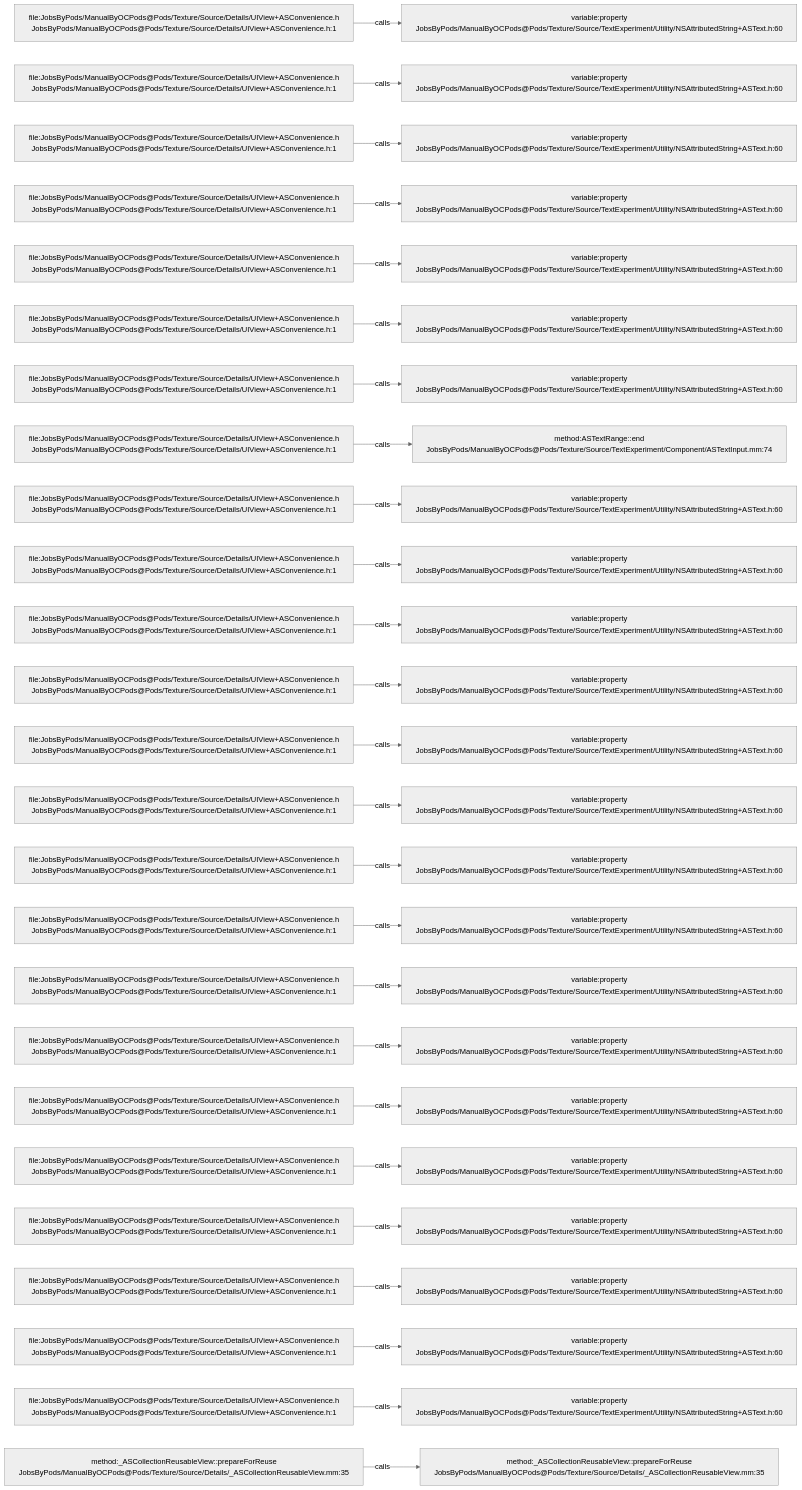
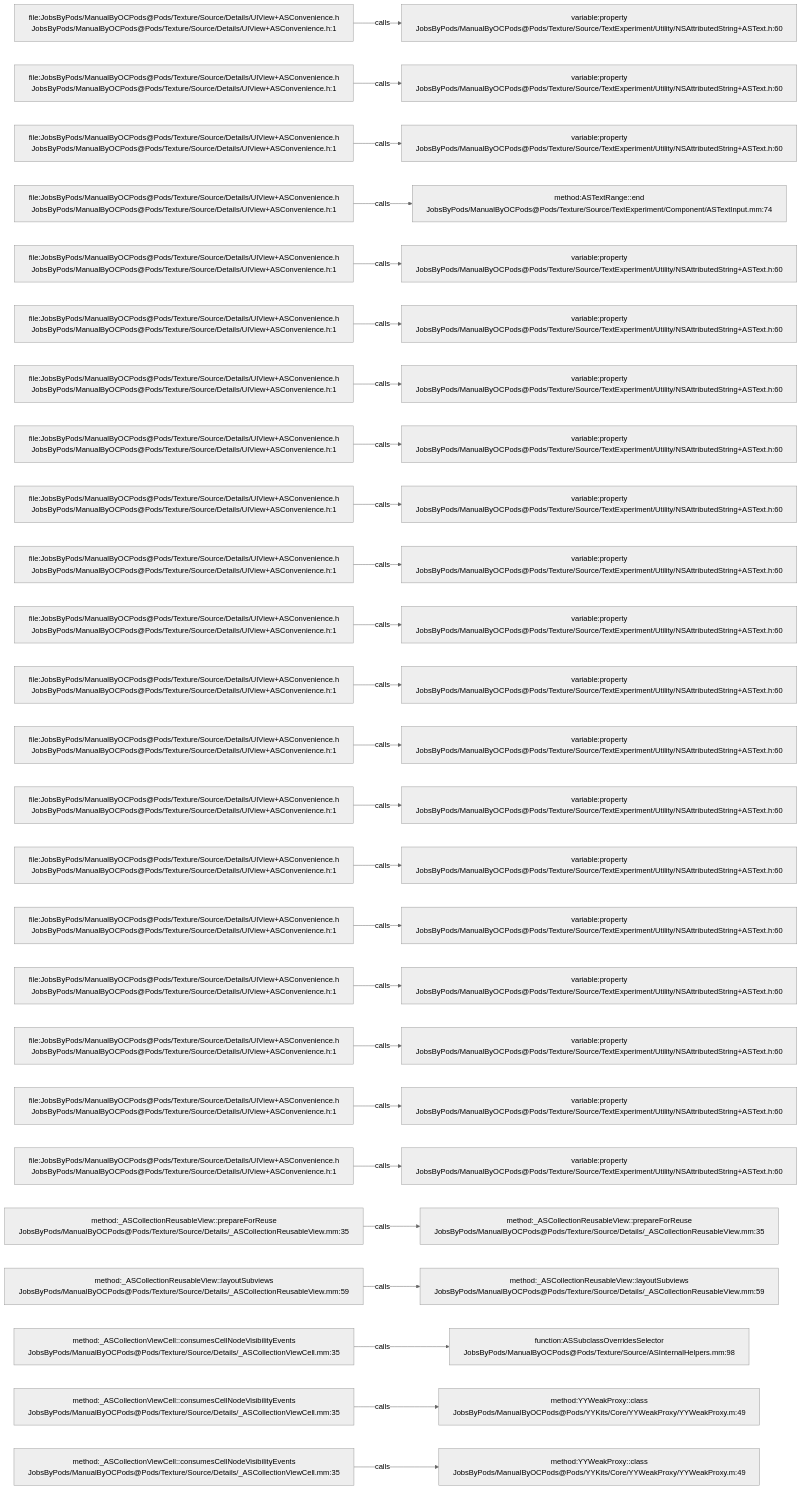
The diagram in .codegraph/codegraph.md/graphs/calls-168.md (JobsKits/JobsOCBaseConfigDemo), drawn with Mermaid (neutral theme) before and after one commit. The commit also changed 727 other files, not shown here.

````diff
--- a/.codegraph/codegraph.md/graphs/calls-168.md
+++ b/.codegraph/codegraph.md/graphs/calls-168.md
@@ -13,78 +13,78 @@
 ```mermaid
 flowchart LR
   S1["file:JobsByPods/ManualByOCPods@Pods/Texture/Source/Details/UIView+ASConvenience.h<br/>JobsByPods/ManualByOCPods@Pods/Texture/Source/Details/UIView+ASConvenience.h:1"]
   T1["variable:property<br/>JobsByPods/ManualByOCPods@Pods/Texture/Source/TextExperiment/Utility/NSAttributedString+ASText.h:60"]
   S1 -->|calls| T1
   S2["file:JobsByPods/ManualByOCPods@Pods/Texture/Source/Details/UIView+ASConvenience.h<br/>JobsByPods/ManualByOCPods@Pods/Texture/Source/Details/UIView+ASConvenience.h:1"]
   T2["variable:property<br/>JobsByPods/ManualByOCPods@Pods/Texture/Source/TextExperiment/Utility/NSAttributedString+ASText.h:60"]
   S2 -->|calls| T2
   S3["file:JobsByPods/ManualByOCPods@Pods/Texture/Source/Details/UIView+ASConvenience.h<br/>JobsByPods/ManualByOCPods@Pods/Texture/Source/Details/UIView+ASConvenience.h:1"]
   T3["variable:property<br/>JobsByPods/ManualByOCPods@Pods/Texture/Source/TextExperiment/Utility/NSAttributedString+ASText.h:60"]
   S3 -->|calls| T3
   S4["file:JobsByPods/ManualByOCPods@Pods/Texture/Source/Details/UIView+ASConvenience.h<br/>JobsByPods/ManualByOCPods@Pods/Texture/Source/Details/UIView+ASConvenience.h:1"]
-  T4["variable:property<br/>JobsByPods/ManualByOCPods@Pods/Texture/Source/TextExperiment/Utility/NSAttributedString+ASText.h:60"]
+  T4["method:ASTextRange::end<br/>JobsByPods/ManualByOCPods@Pods/Texture/Source/TextExperiment/Component/ASTextInput.mm:74"]
   S4 -->|calls| T4
   S5["file:JobsByPods/ManualByOCPods@Pods/Texture/Source/Details/UIView+ASConvenience.h<br/>JobsByPods/ManualByOCPods@Pods/Texture/Source/Details/UIView+ASConvenience.h:1"]
   T5["variable:property<br/>JobsByPods/ManualByOCPods@Pods/Texture/Source/TextExperiment/Utility/NSAttributedString+ASText.h:60"]
   S5 -->|calls| T5
   S6["file:JobsByPods/ManualByOCPods@Pods/Texture/Source/Details/UIView+ASConvenience.h<br/>JobsByPods/ManualByOCPods@Pods/Texture/Source/Details/UIView+ASConvenience.h:1"]
   T6["variable:property<br/>JobsByPods/ManualByOCPods@Pods/Texture/Source/TextExperiment/Utility/NSAttributedString+ASText.h:60"]
   S6 -->|calls| T6
   S7["file:JobsByPods/ManualByOCPods@Pods/Texture/Source/Details/UIView+ASConvenience.h<br/>JobsByPods/ManualByOCPods@Pods/Texture/Source/Details/UIView+ASConvenience.h:1"]
   T7["variable:property<br/>JobsByPods/ManualByOCPods@Pods/Texture/Source/TextExperiment/Utility/NSAttributedString+ASText.h:60"]
   S7 -->|calls| T7
   S8["file:JobsByPods/ManualByOCPods@Pods/Texture/Source/Details/UIView+ASConvenience.h<br/>JobsByPods/ManualByOCPods@Pods/Texture/Source/Details/UIView+ASConvenience.h:1"]
-  T8["method:ASTextRange::end<br/>JobsByPods/ManualByOCPods@Pods/Texture/Source/TextExperiment/Component/ASTextInput.mm:74"]
+  T8["variable:property<br/>JobsByPods/ManualByOCPods@Pods/Texture/Source/TextExperiment/Utility/NSAttributedString+ASText.h:60"]
   S8 -->|calls| T8
   S9["file:JobsByPods/ManualByOCPods@Pods/Texture/Source/Details/UIView+ASConvenience.h<br/>JobsByPods/ManualByOCPods@Pods/Texture/Source/Details/UIView+ASConvenience.h:1"]
   T9["variable:property<br/>JobsByPods/ManualByOCPods@Pods/Texture/Source/TextExperiment/Utility/NSAttributedString+ASText.h:60"]
   S9 -->|calls| T9
   S10["file:JobsByPods/ManualByOCPods@Pods/Texture/Source/Details/UIView+ASConvenience.h<br/>JobsByPods/ManualByOCPods@Pods/Texture/Source/Details/UIView+ASConvenience.h:1"]
   T10["variable:property<br/>JobsByPods/ManualByOCPods@Pods/Texture/Source/TextExperiment/Utility/NSAttributedString+ASText.h:60"]
   S10 -->|calls| T10
   S11["file:JobsByPods/ManualByOCPods@Pods/Texture/Source/Details/UIView+ASConvenience.h<br/>JobsByPods/ManualByOCPods@Pods/Texture/Source/Details/UIView+ASConvenience.h:1"]
   T11["variable:property<br/>JobsByPods/ManualByOCPods@Pods/Texture/Source/TextExperiment/Utility/NSAttributedString+ASText.h:60"]
   S11 -->|calls| T11
   S12["file:JobsByPods/ManualByOCPods@Pods/Texture/Source/Details/UIView+ASConvenience.h<br/>JobsByPods/ManualByOCPods@Pods/Texture/Source/Details/UIView+ASConvenience.h:1"]
   T12["variable:property<br/>JobsByPods/ManualByOCPods@Pods/Texture/Source/TextExperiment/Utility/NSAttributedString+ASText.h:60"]
   S12 -->|calls| T12
   S13["file:JobsByPods/ManualByOCPods@Pods/Texture/Source/Details/UIView+ASConvenience.h<br/>JobsByPods/ManualByOCPods@Pods/Texture/Source/Details/UIView+ASConvenience.h:1"]
   T13["variable:property<br/>JobsByPods/ManualByOCPods@Pods/Texture/Source/TextExperiment/Utility/NSAttributedString+ASText.h:60"]
   S13 -->|calls| T13
   S14["file:JobsByPods/ManualByOCPods@Pods/Texture/Source/Details/UIView+ASConvenience.h<br/>JobsByPods/ManualByOCPods@Pods/Texture/Source/Details/UIView+ASConvenience.h:1"]
   T14["variable:property<br/>JobsByPods/ManualByOCPods@Pods/Texture/Source/TextExperiment/Utility/NSAttributedString+ASText.h:60"]
   S14 -->|calls| T14
   S15["file:JobsByPods/ManualByOCPods@Pods/Texture/Source/Details/UIView+ASConvenience.h<br/>JobsByPods/ManualByOCPods@Pods/Texture/Source/Details/UIView+ASConvenience.h:1"]
   T15["variable:property<br/>JobsByPods/ManualByOCPods@Pods/Texture/Source/TextExperiment/Utility/NSAttributedString+ASText.h:60"]
   S15 -->|calls| T15
   S16["file:JobsByPods/ManualByOCPods@Pods/Texture/Source/Details/UIView+ASConvenience.h<br/>JobsByPods/ManualByOCPods@Pods/Texture/Source/Details/UIView+ASConvenience.h:1"]
   T16["variable:property<br/>JobsByPods/ManualByOCPods@Pods/Texture/Source/TextExperiment/Utility/NSAttributedString+ASText.h:60"]
   S16 -->|calls| T16
   S17["file:JobsByPods/ManualByOCPods@Pods/Texture/Source/Details/UIView+ASConvenience.h<br/>JobsByPods/ManualByOCPods@Pods/Texture/Source/Details/UIView+ASConvenience.h:1"]
   T17["variable:property<br/>JobsByPods/ManualByOCPods@Pods/Texture/Source/TextExperiment/Utility/NSAttributedString+ASText.h:60"]
   S17 -->|calls| T17
   S18["file:JobsByPods/ManualByOCPods@Pods/Texture/Source/Details/UIView+ASConvenience.h<br/>JobsByPods/ManualByOCPods@Pods/Texture/Source/Details/UIView+ASConvenience.h:1"]
   T18["variable:property<br/>JobsByPods/ManualByOCPods@Pods/Texture/Source/TextExperiment/Utility/NSAttributedString+ASText.h:60"]
   S18 -->|calls| T18
   S19["file:JobsByPods/ManualByOCPods@Pods/Texture/Source/Details/UIView+ASConvenience.h<br/>JobsByPods/ManualByOCPods@Pods/Texture/Source/Details/UIView+ASConvenience.h:1"]
   T19["variable:property<br/>JobsByPods/ManualByOCPods@Pods/Texture/Source/TextExperiment/Utility/NSAttributedString+ASText.h:60"]
   S19 -->|calls| T19
   S20["file:JobsByPods/ManualByOCPods@Pods/Texture/Source/Details/UIView+ASConvenience.h<br/>JobsByPods/ManualByOCPods@Pods/Texture/Source/Details/UIView+ASConvenience.h:1"]
   T20["variable:property<br/>JobsByPods/ManualByOCPods@Pods/Texture/Source/TextExperiment/Utility/NSAttributedString+ASText.h:60"]
   S20 -->|calls| T20
-  S21["file:JobsByPods/ManualByOCPods@Pods/Texture/Source/Details/UIView+ASConvenience.h<br/>JobsByPods/ManualByOCPods@Pods/Texture/Source/Details/UIView+ASConvenience.h:1"]
-  T21["variable:property<br/>JobsByPods/ManualByOCPods@Pods/Texture/Source/TextExperiment/Utility/NSAttributedString+ASText.h:60"]
+  S21["method:_ASCollectionReusableView::prepareForReuse<br/>JobsByPods/ManualByOCPods@Pods/Texture/Source/Details/_ASCollectionReusableView.mm:35"]
+  T21["method:_ASCollectionReusableView::prepareForReuse<br/>JobsByPods/ManualByOCPods@Pods/Texture/Source/Details/_ASCollectionReusableView.mm:35"]
   S21 -->|calls| T21
-  S22["file:JobsByPods/ManualByOCPods@Pods/Texture/Source/Details/UIView+ASConvenience.h<br/>JobsByPods/ManualByOCPods@Pods/Texture/Source/Details/UIView+ASConvenience.h:1"]
-  T22["variable:property<br/>JobsByPods/ManualByOCPods@Pods/Texture/Source/TextExperiment/Utility/NSAttributedString+ASText.h:60"]
+  S22["method:_ASCollectionReusableView::layoutSubviews<br/>JobsByPods/ManualByOCPods@Pods/Texture/Source/Details/_ASCollectionReusableView.mm:59"]
+  T22["method:_ASCollectionReusableView::layoutSubviews<br/>JobsByPods/ManualByOCPods@Pods/Texture/Source/Details/_ASCollectionReusableView.mm:59"]
   S22 -->|calls| T22
-  S23["file:JobsByPods/ManualByOCPods@Pods/Texture/Source/Details/UIView+ASConvenience.h<br/>JobsByPods/ManualByOCPods@Pods/Texture/Source/Details/UIView+ASConvenience.h:1"]
-  T23["variable:property<br/>JobsByPods/ManualByOCPods@Pods/Texture/Source/TextExperiment/Utility/NSAttributedString+ASText.h:60"]
+  S23["method:_ASCollectionViewCell::consumesCellNodeVisibilityEvents<br/>JobsByPods/ManualByOCPods@Pods/Texture/Source/Details/_ASCollectionViewCell.mm:35"]
+  T23["function:ASSubclassOverridesSelector<br/>JobsByPods/ManualByOCPods@Pods/Texture/Source/ASInternalHelpers.mm:98"]
   S23 -->|calls| T23
-  S24["file:JobsByPods/ManualByOCPods@Pods/Texture/Source/Details/UIView+ASConvenience.h<br/>JobsByPods/ManualByOCPods@Pods/Texture/Source/Details/UIView+ASConvenience.h:1"]
-  T24["variable:property<br/>JobsByPods/ManualByOCPods@Pods/Texture/Source/TextExperiment/Utility/NSAttributedString+ASText.h:60"]
+  S24["method:_ASCollectionViewCell::consumesCellNodeVisibilityEvents<br/>JobsByPods/ManualByOCPods@Pods/Texture/Source/Details/_ASCollectionViewCell.mm:35"]
+  T24["method:YYWeakProxy::class<br/>JobsByPods/ManualByOCPods@Pods/YYKits/Core/YYWeakProxy/YYWeakProxy.m:49"]
   S24 -->|calls| T24
-  S25["method:_ASCollectionReusableView::prepareForReuse<br/>JobsByPods/ManualByOCPods@Pods/Texture/Source/Details/_ASCollectionReusableView.mm:35"]
-  T25["method:_ASCollectionReusableView::prepareForReuse<br/>JobsByPods/ManualByOCPods@Pods/Texture/Source/Details/_ASCollectionReusableView.mm:35"]
+  S25["method:_ASCollectionViewCell::consumesCellNodeVisibilityEvents<br/>JobsByPods/ManualByOCPods@Pods/Texture/Source/Details/_ASCollectionViewCell.mm:35"]
+  T25["method:YYWeakProxy::class<br/>JobsByPods/ManualByOCPods@Pods/YYKits/Core/YYWeakProxy/YYWeakProxy.m:49"]
   S25 -->|calls| T25
 ```
````
